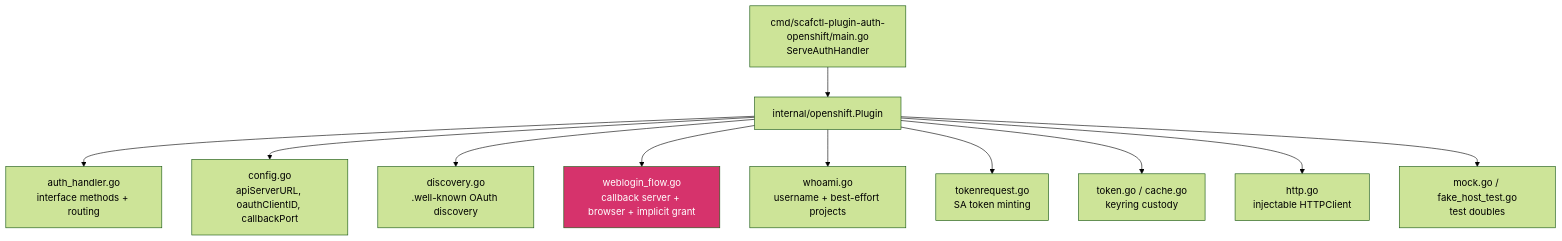
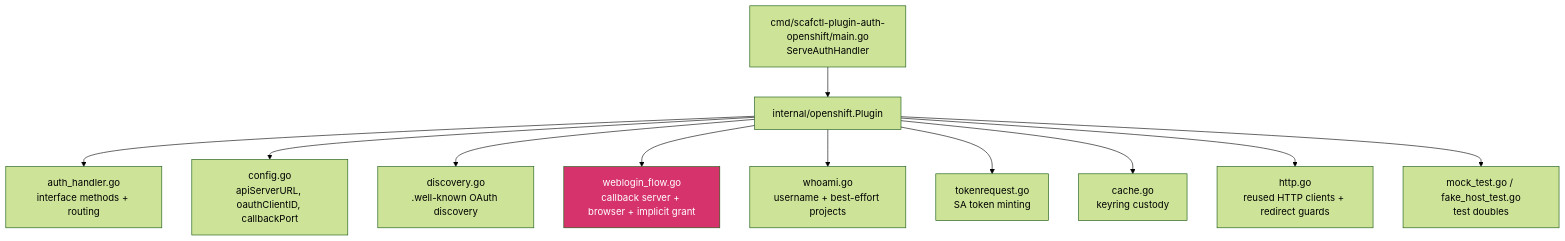
Before and after one commit to oakwood-commons/scafctl-plugin-auth-openshift: the seventh of 7 diagrams in docs/design/openshift-auth.md, drawn with Mermaid (forest theme). The commit also changed other lines of this file and 25 other files, not shown here.

````diff
--- a/docs/design/openshift-auth.md
+++ b/docs/design/openshift-auth.md
@@ -249,16 +252,16 @@
 ```mermaid
 flowchart TB
     Main[cmd/scafctl-plugin-auth-openshift/main.go<br/>ServeAuthHandler] --> P[internal/openshift.Plugin]
 
     P --> AH[auth_handler.go<br/>interface methods + routing]
     P --> Cfg[config.go<br/>apiServerURL, oauthClientID, callbackPort]
     P --> Disc[discovery.go<br/>.well-known OAuth discovery]
     P --> Web[weblogin_flow.go<br/>callback server + browser + implicit grant]
     P --> Who[whoami.go<br/>username + best-effort projects]
     P --> TR[tokenrequest.go<br/>SA token minting]
-    P --> Tok[token.go / cache.go<br/>keyring custody]
-    P --> HTTP[http.go<br/>injectable HTTPClient]
-    P --> Mock[mock.go / fake_host_test.go<br/>test doubles]
+    P --> Tok[cache.go<br/>keyring custody]
+    P --> HTTP[http.go<br/>reused HTTP clients + redirect guards]
+    P --> Mock[mock_test.go / fake_host_test.go<br/>test doubles]
 
     style Web fill:#d6336c,color:#fff
 ```
````
